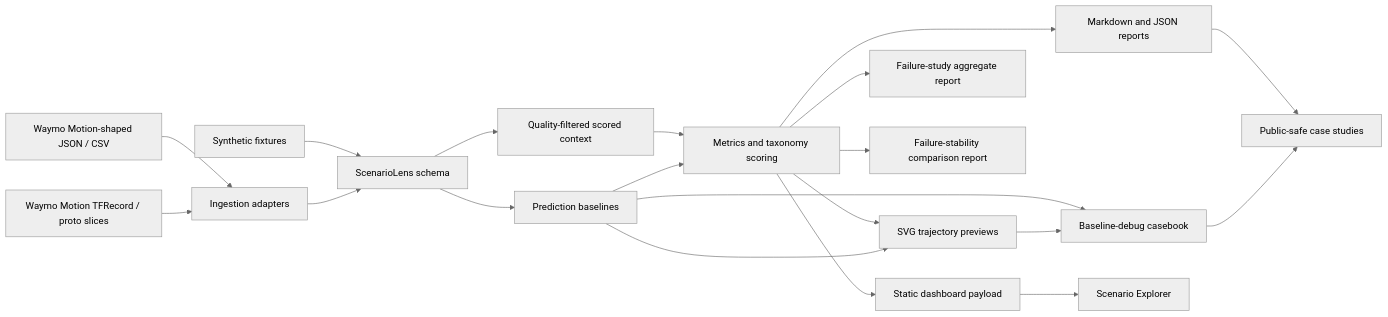
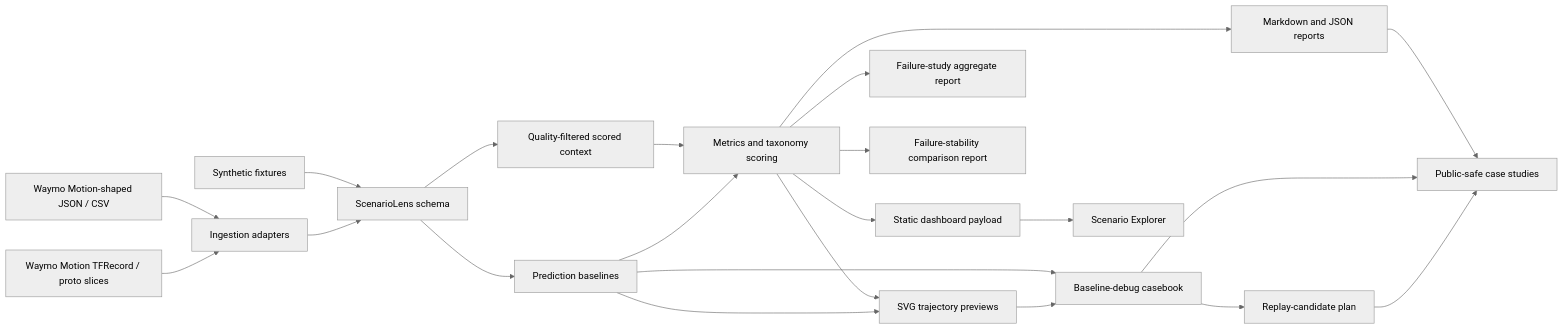
One commit to ethanvillalovoz/scenariolens changed the diagram in docs/architecture.md. Above: the diagram before and after it, drawn with Mermaid (neutral theme). The commit also changed other lines of this file and 21 other files, not shown here.

Commit message:
Add replay candidate planning workflow

````diff
--- a/docs/architecture.md
+++ b/docs/architecture.md
@@ -5,22 +5,24 @@
 ```mermaid
 flowchart LR
     A["Synthetic fixtures"] --> D["ScenarioLens schema"]
     B["Waymo Motion-shaped JSON / CSV"] --> C["Ingestion adapters"]
     M["Waymo Motion TFRecord / proto slices"] --> C
     C --> D
     D --> E["Quality-filtered scored context"]
     D --> P["Prediction baselines"]
     E --> F["Metrics and taxonomy scoring"]
     P --> F
     F --> G["Markdown and JSON reports"]
     F --> H["SVG trajectory previews"]
     P --> H
     F --> L["Failure-study aggregate report"]
     F --> N["Failure-stability comparison report"]
     P --> Q["Baseline-debug casebook"]
     H --> Q
+    Q --> R["Replay-candidate plan"]
     F --> I["Static dashboard payload"]
     I --> J["Scenario Explorer"]
     G --> K["Public-safe case studies"]
     Q --> K
+    R --> K
 ```
````
